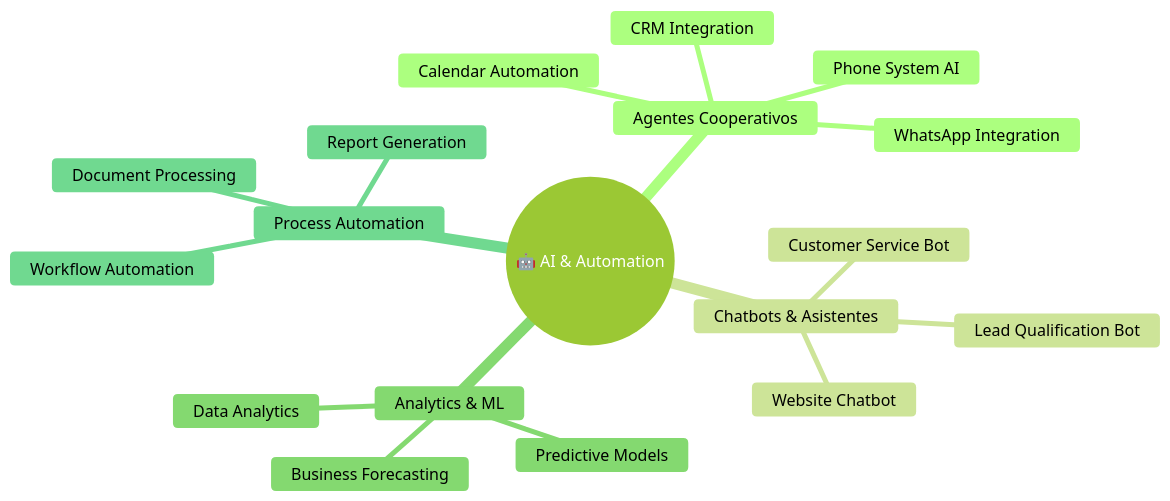
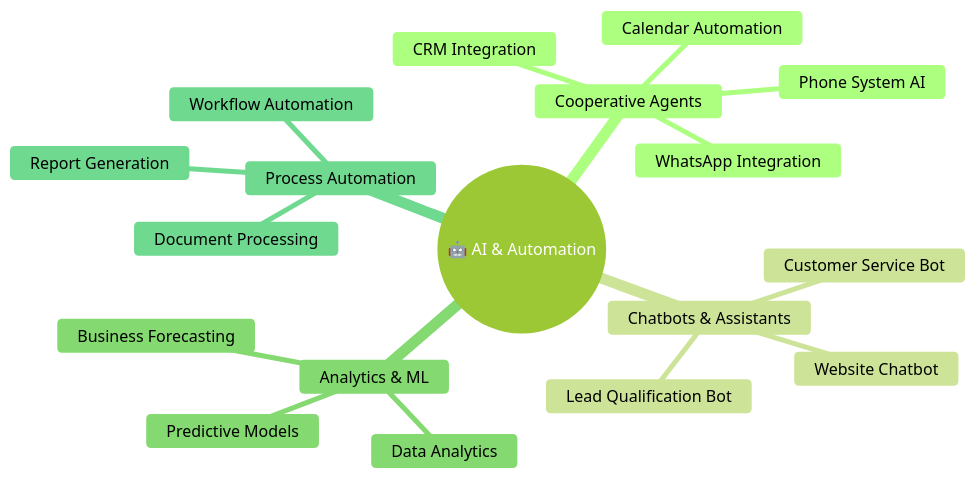
The diagram in documentation/01-company/services.md (nissienterprise/nissi-openclaw-vps), drawn with Mermaid (forest theme) before and after one commit. The commit also changed other lines of this file and 46 other files, not shown here.

````diff
--- a/documentation/01-company/services.md
+++ b/documentation/01-company/services.md
@@ -48,21 +48,21 @@
 ```mermaid
 mindmap
   root((🤖 AI & Automation))
-    Agentes Cooperativos
+    Cooperative Agents
       WhatsApp Integration
       Calendar Automation
       CRM Integration
       Phone System AI
-    Chatbots & Asistentes
+    Chatbots & Assistants
       Website Chatbot
       Customer Service Bot
       Lead Qualification Bot
     Analytics & ML
       Predictive Models
       Data Analytics
       Business Forecasting
     Process Automation
       Workflow Automation
       Document Processing
       Report Generation
 ```
````
